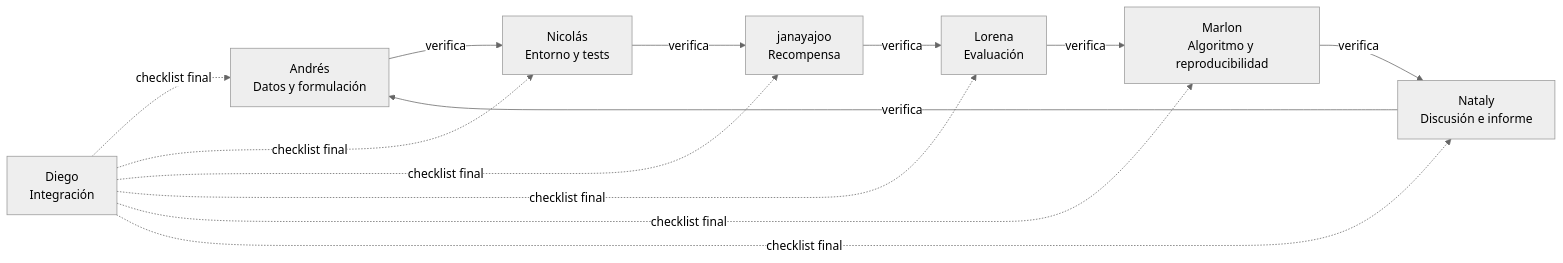
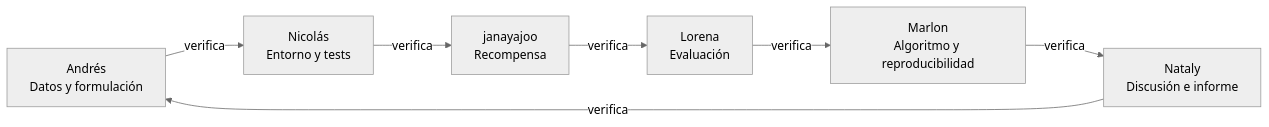
Before and after one commit to dialrigo/agente-inversor: the first of 2 diagrams in README_ESTRUCTURA_TRABAJO.md, drawn with Mermaid (neutral theme). The commit also changed other lines of this file, not shown here.

Commit message:
docs(equipo): simplifica el diagrama del anillo de verificación

````diff
--- a/README_ESTRUCTURA_TRABAJO.md
+++ b/README_ESTRUCTURA_TRABAJO.md
@@ -37,10 +37,9 @@
 ```mermaid
 flowchart LR
     A[Andrés<br/>Datos y formulación] -->|verifica| N[Nicolás<br/>Entorno y tests]
     N -->|verifica| J[janayajoo<br/>Recompensa]
     J -->|verifica| L[Lorena<br/>Evaluación]
     L -->|verifica| M[Marlon<br/>Algoritmo y reproducibilidad]
     M -->|verifica| T[Nataly<br/>Discusión e informe]
     T -->|verifica| A
-    D[Diego<br/>Integración] -.->|checklist final| A & N & J & L & M & T
 ```
````
